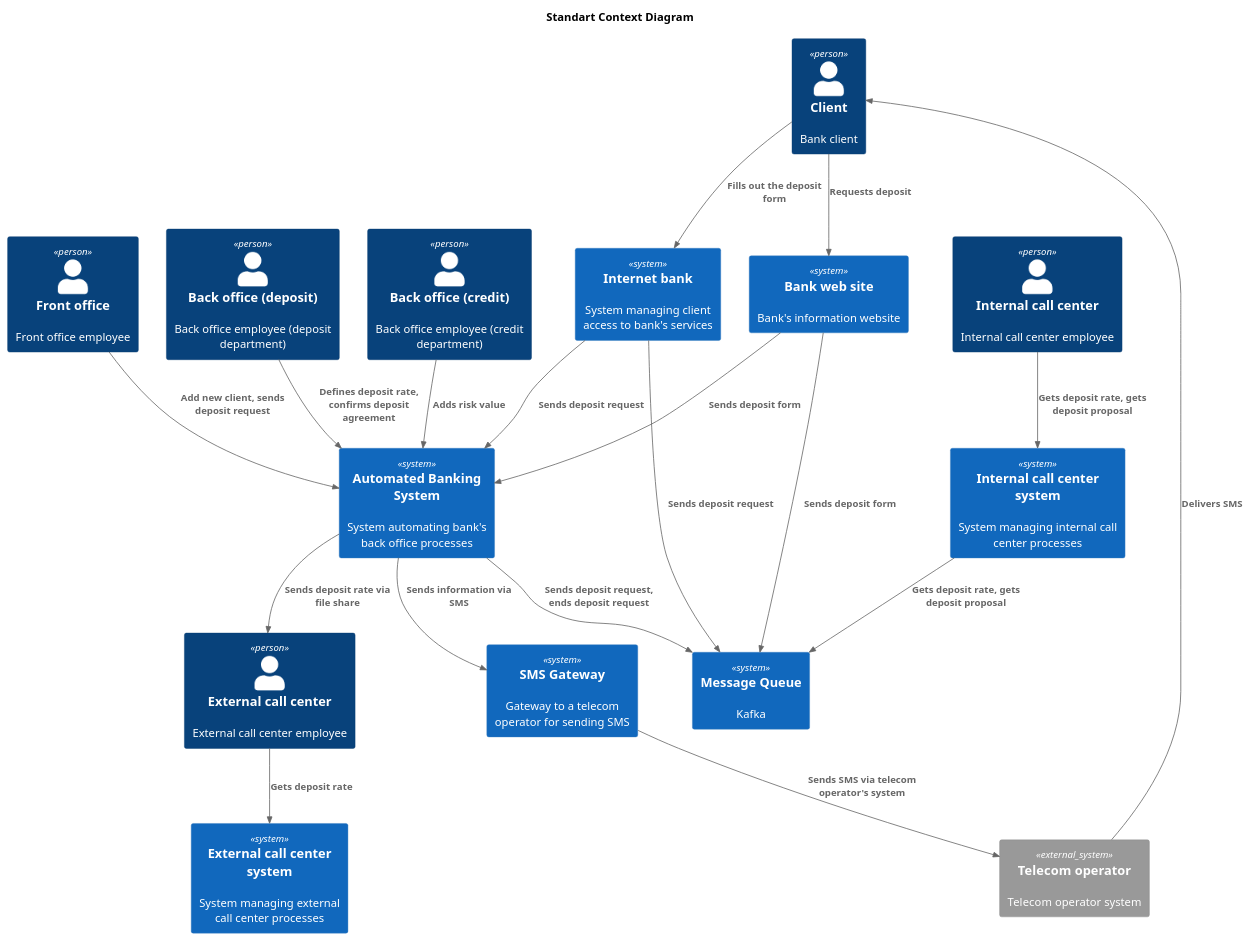
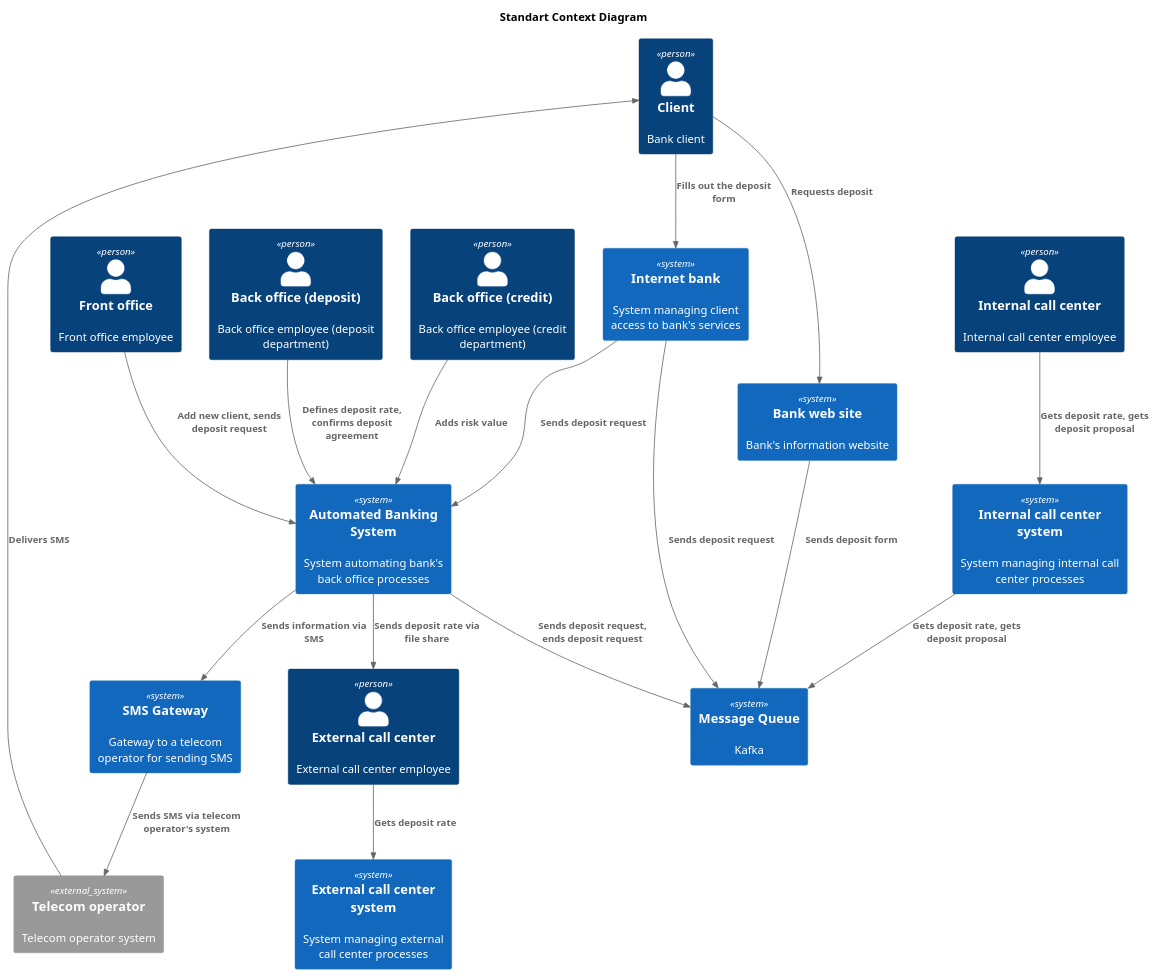
One commit to alexeit-315/architecture-standart changed the diagram in Task4/Standart_Context.puml. Above: the diagram before and after it, drawn with PlantUML. The commit also changed 9 other files, not shown here.

```diff
--- a/Task4/Standart_Context.puml
+++ b/Task4/Standart_Context.puml
@@ -1,46 +1,45 @@
 @startuml
 title Standart Context Diagram
 
 top to bottom direction
 
 !includeurl https://raw.githubusercontent.com/RicardoNiepel/C4-PlantUML/master/C4_Component.puml
 
 
 Person(client, "Client", "Bank client")
 Person(ext_call_center, "External call center", "External call center employee")
 Person(int_call_center, "Internal call center", "Internal call center employee")
 Person(front_office, "Front office", "Front office employee")
 Person(back_office_deposit, "Back office (deposit)", "Back office employee (deposit department)")
 Person(back_office_credit, "Back office (credit)", "Back office employee (credit department)")
 
 System(internet_bank, "Internet bank", "System managing client access to bank's services")
 System(ABS, "Automated Banking System", "System automating bank's back office processes")
 System(ext_call_system, "External call center system", "System managing external call center processes")
 System(int_call_system, "Internal call center system", "System managing internal call center processes")
 System(sms_gate, "SMS Gateway", "Gateway to a telecom operator for sending SMS")
 System(web_site, "Bank web site", "Bank's information website")
 System(message_queue, "Message Queue", "Kafka")
 
 System_Ext(telecom_operator, "Telecom operator", "Telecom operator system")
 
 Rel(client, web_site, "Requests deposit")
 Rel(client, internet_bank, "Fills out the deposit form")
-Rel(web_site, ABS, "Sends deposit form")
 Rel(internet_bank, ABS, "Sends deposit request")
 Rel(back_office_deposit, ABS, "Defines deposit rate, confirms deposit agreement")
 Rel(back_office_credit, ABS, "Adds risk value")
 Rel(front_office, ABS, "Add new client, sends deposit request")
 Rel(ABS, sms_gate, "Sends information via SMS")
 Rel(ABS, ext_call_center, "Sends deposit rate via file share")
 Rel(ext_call_center, ext_call_system, "Gets deposit rate")
 Rel(int_call_center, int_call_system, "Gets deposit rate, gets deposit proposal")
 Rel(int_call_system, message_queue, "Gets deposit rate, gets deposit proposal")
 Rel(web_site, message_queue, "Sends deposit form")
 Rel(internet_bank, message_queue, "Sends deposit request")
 Rel(ABS, message_queue, "Sends deposit request, ends deposit request")
 
 
 Rel(sms_gate, telecom_operator, "Sends SMS via telecom operator's system")
 Rel(telecom_operator, client, "Delivers SMS")
 
 @enduml
```
